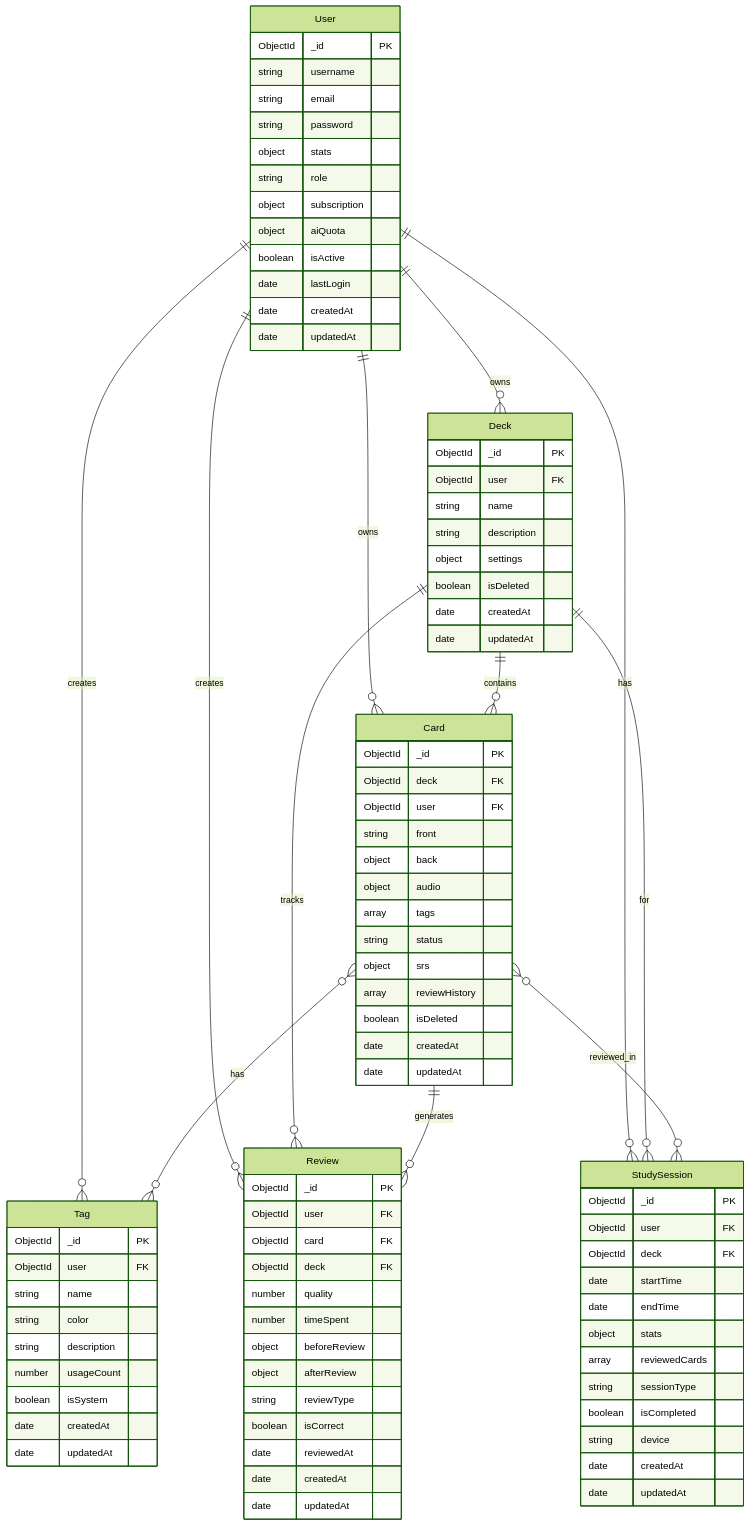
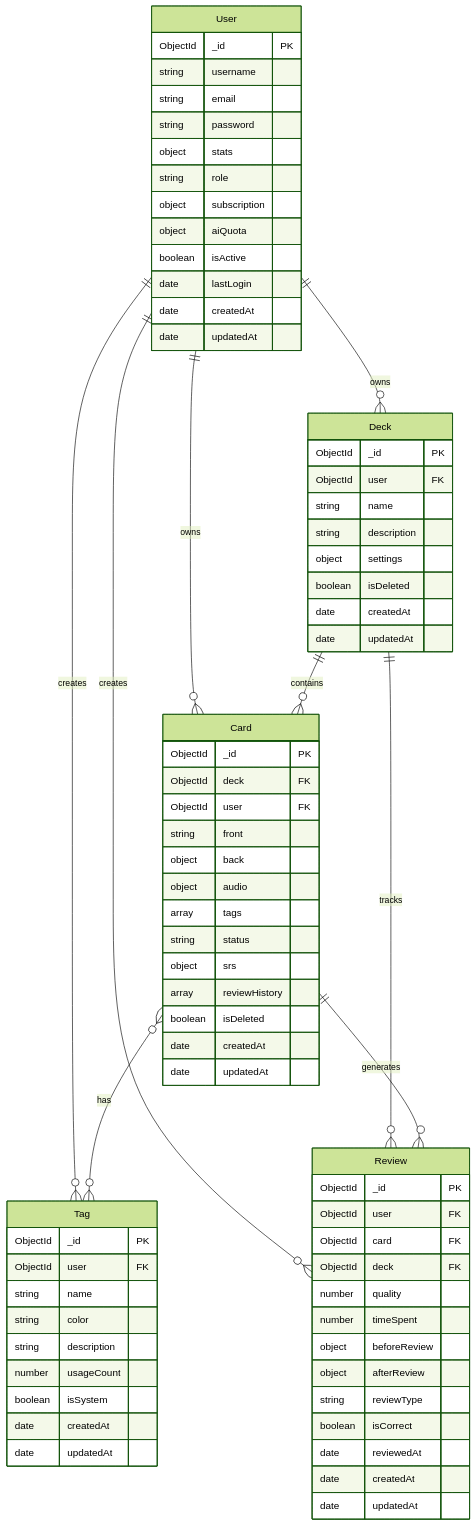
One commit to RabbirReaper/RabbirVocab changed the diagram in README.md. Above: the diagram before and after it, drawn with Mermaid (forest theme). The commit also changed other lines of this file and 4 other files, not shown here.

Commit message:
delete: 移除 StudySession 模型及相關類型定義

````diff
--- a/README.md
+++ b/README.md
@@ -22,16 +22,13 @@
     User ||--o{ Deck : owns
     User ||--o{ Card : owns
     User ||--o{ Review : creates
-    User ||--o{ StudySession : has
     User ||--o{ Tag : creates
-    
+
     Deck ||--o{ Card : contains
     Deck ||--o{ Review : tracks
-    Deck ||--o{ StudySession : for
-    
+
     Card }o--o{ Tag : has
     Card ||--o{ Review : generates
-    Card }o--o{ StudySession : reviewed_in
     
     User {
         ObjectId _id PK
@@ -102,19 +99,4 @@
         date createdAt
         date updatedAt
     }
-    
-    StudySession {
-        ObjectId _id PK
-        ObjectId user FK
-        ObjectId deck FK
-        date startTime
-        date endTime
-        object stats
-        array reviewedCards
-        string sessionType
-        boolean isCompleted
-        string device
-        date createdAt
-        date updatedAt
-    }
 ```
````
